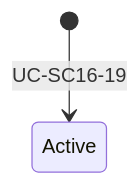
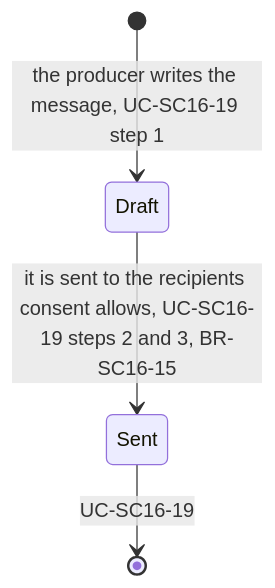
The second of 2 diagrams in docs/specs/08-sectors/sc16-events-and-culture/data/e-sc16-17-attendee-message.md (gpbcom/SimpleERP), drawn with Mermaid before and after one commit. The commit also changed other lines of this file and 8816 other files, not shown here.

````diff
--- a/docs/specs/08-sectors/sc16-events-and-culture/data/e-sc16-17-attendee-message.md
+++ b/docs/specs/08-sectors/sc16-events-and-culture/data/e-sc16-17-attendee-message.md
@@ -25,4 +58,6 @@
 ```mermaid
 stateDiagram-v2
-  [*] --> Active : UC-SC16-19
+  [*] --> Draft : the producer writes the message, UC-SC16-19 step 1
+  Draft --> Sent : it is sent to the recipients consent allows, UC-SC16-19 steps 2 and 3, BR-SC16-15
+  Sent --> [*] : UC-SC16-19
 ```
````
